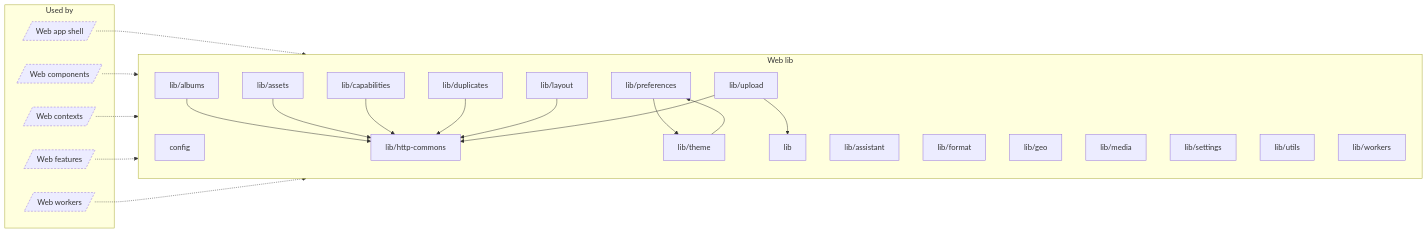
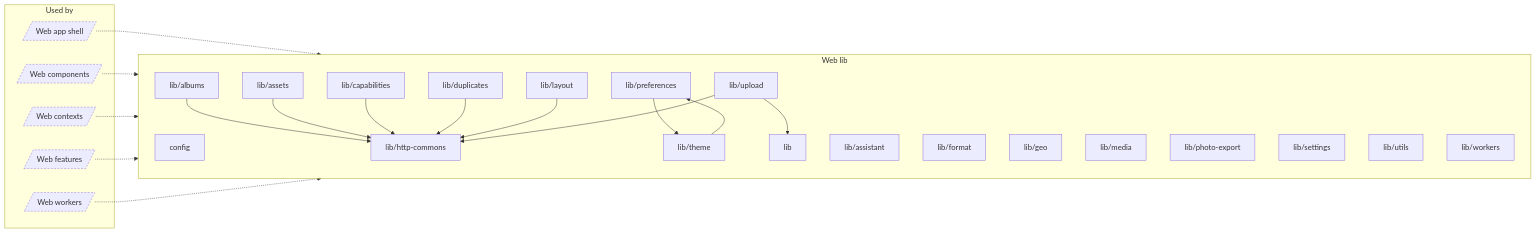
Before and after one commit to EdwinZhanCN/Lumilio-Photos: the diagram in docs/atlas/generated/architecture/group-web-lib.md, drawn with Mermaid. The commit also changed other lines of this file and 3 other files, not shown here.

````diff
--- a/docs/atlas/generated/architecture/group-web-lib.md
+++ b/docs/atlas/generated/architecture/group-web-lib.md
@@ -9,46 +9,47 @@
 ```mermaid
 flowchart LR
     subgraph n_g_Used_by["Used by"]
         n_in_web_app[/"Web app shell"/]
         n_in_web_components[/"Web components"/]
         n_in_web_contexts[/"Web contexts"/]
         n_in_web_features[/"Web features"/]
         n_in_web_workers[/"Web workers"/]
     end
     subgraph n_g_Web_lib["Web lib"]
         n_web_src_config["config"]
         n_web_src_lib["lib"]
         n_web_src_lib_albums["lib/albums"]
         n_web_src_lib_assets["lib/assets"]
         n_web_src_lib_assistant["lib/assistant"]
         n_web_src_lib_capabilities["lib/capabilities"]
         n_web_src_lib_duplicates["lib/duplicates"]
         n_web_src_lib_format["lib/format"]
         n_web_src_lib_geo["lib/geo"]
         n_web_src_lib_http_commons["lib/http-commons"]
         n_web_src_lib_layout["lib/layout"]
         n_web_src_lib_media["lib/media"]
+        n_web_src_lib_photo_export["lib/photo-export"]
         n_web_src_lib_preferences["lib/preferences"]
         n_web_src_lib_settings["lib/settings"]
         n_web_src_lib_theme["lib/theme"]
         n_web_src_lib_upload["lib/upload"]
         n_web_src_lib_utils["lib/utils"]
         n_web_src_lib_workers["lib/workers"]
     end
     n_in_web_app -.-> n_g_Web_lib
     n_in_web_components -.-> n_g_Web_lib
     n_in_web_contexts -.-> n_g_Web_lib
     n_in_web_features -.-> n_g_Web_lib
     n_in_web_workers -.-> n_g_Web_lib
     n_web_src_lib_albums --> n_web_src_lib_http_commons
     n_web_src_lib_assets --> n_web_src_lib_http_commons
     n_web_src_lib_capabilities --> n_web_src_lib_http_commons
     n_web_src_lib_duplicates --> n_web_src_lib_http_commons
     n_web_src_lib_layout --> n_web_src_lib_http_commons
     n_web_src_lib_preferences --> n_web_src_lib_theme
     n_web_src_lib_theme --> n_web_src_lib_preferences
     n_web_src_lib_upload --> n_web_src_lib
     n_web_src_lib_upload --> n_web_src_lib_http_commons
     classDef external stroke-dasharray:4 3
     class n_in_web_app,n_in_web_components,n_in_web_contexts,n_in_web_features,n_in_web_workers external
 ```
````
